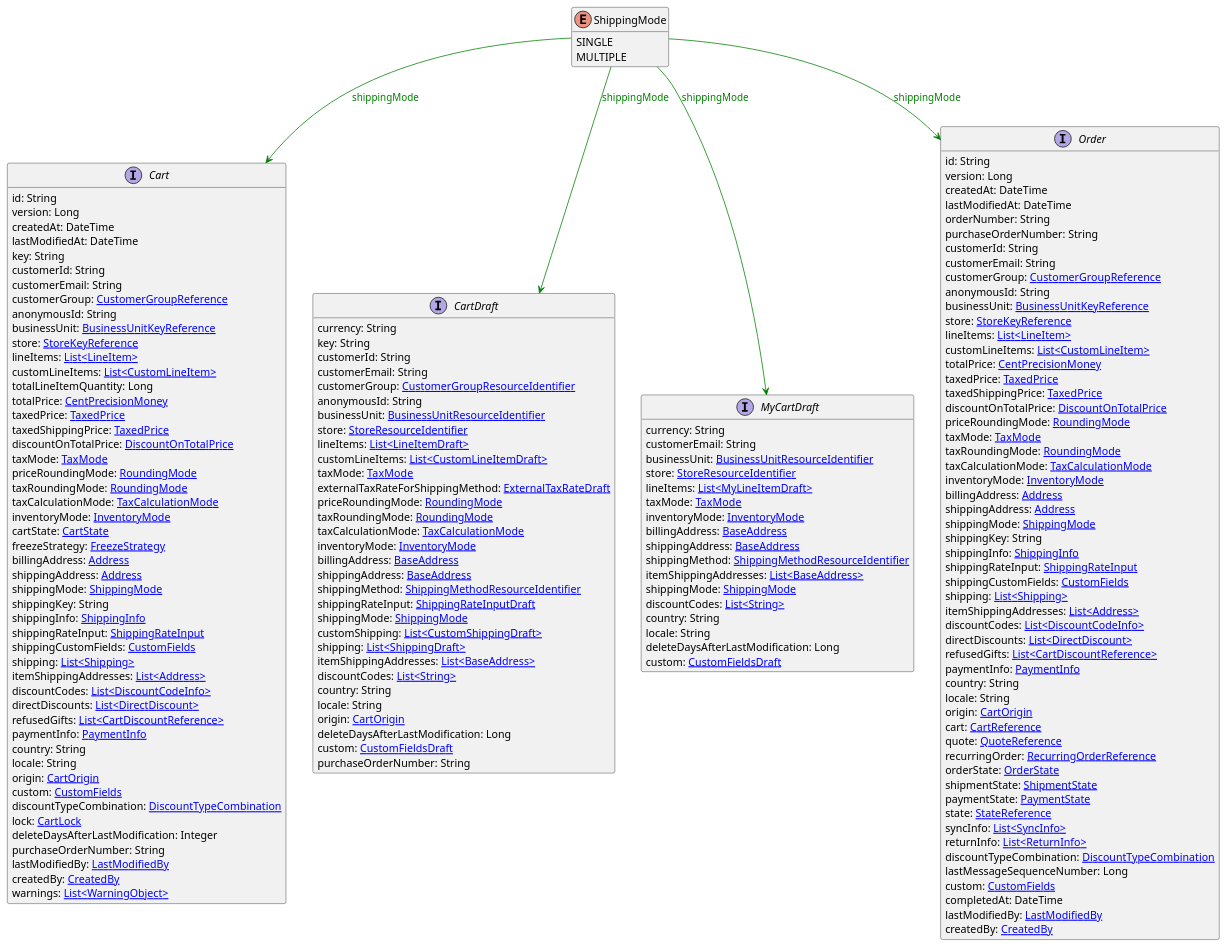
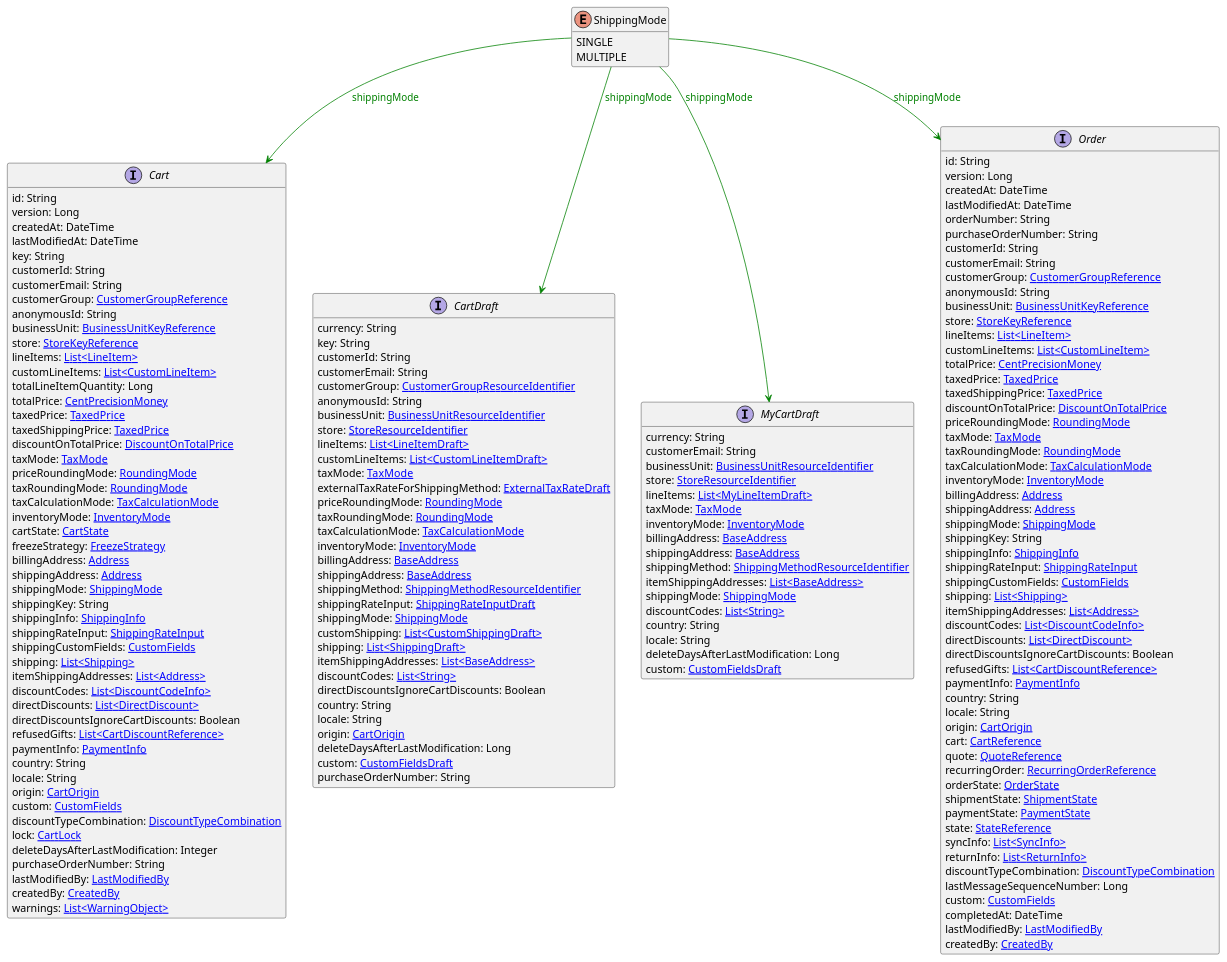
The diagram in uml/api/ShippingMode.puml (commercetools/commercetools-api-reference), drawn with PlantUML before and after one commit. The commit also changed 237 other files, not shown here.

```diff
--- a/uml/api/ShippingMode.puml
+++ b/uml/api/ShippingMode.puml
@@ -1,171 +1,174 @@
 @startuml
 
 hide methods
 enum ShippingMode {
     SINGLE
     MULTIPLE
 }
 interface Cart [[Cart.svg]]  {
     id: String
     version: Long
     createdAt: DateTime
     lastModifiedAt: DateTime
     key: String
     customerId: String
     customerEmail: String
     customerGroup: [[CustomerGroupReference.svg CustomerGroupReference]]
     anonymousId: String
     businessUnit: [[BusinessUnitKeyReference.svg BusinessUnitKeyReference]]
     store: [[StoreKeyReference.svg StoreKeyReference]]
     lineItems: [[LineItem.svg List<LineItem>]]
     customLineItems: [[CustomLineItem.svg List<CustomLineItem>]]
     totalLineItemQuantity: Long
     totalPrice: [[CentPrecisionMoney.svg CentPrecisionMoney]]
     taxedPrice: [[TaxedPrice.svg TaxedPrice]]
     taxedShippingPrice: [[TaxedPrice.svg TaxedPrice]]
     discountOnTotalPrice: [[DiscountOnTotalPrice.svg DiscountOnTotalPrice]]
     taxMode: [[TaxMode.svg TaxMode]]
     priceRoundingMode: [[RoundingMode.svg RoundingMode]]
     taxRoundingMode: [[RoundingMode.svg RoundingMode]]
     taxCalculationMode: [[TaxCalculationMode.svg TaxCalculationMode]]
     inventoryMode: [[InventoryMode.svg InventoryMode]]
     cartState: [[CartState.svg CartState]]
     freezeStrategy: [[FreezeStrategy.svg FreezeStrategy]]
     billingAddress: [[Address.svg Address]]
     shippingAddress: [[Address.svg Address]]
     shippingMode: [[ShippingMode.svg ShippingMode]]
     shippingKey: String
     shippingInfo: [[ShippingInfo.svg ShippingInfo]]
     shippingRateInput: [[ShippingRateInput.svg ShippingRateInput]]
     shippingCustomFields: [[CustomFields.svg CustomFields]]
     shipping: [[Shipping.svg List<Shipping>]]
     itemShippingAddresses: [[Address.svg List<Address>]]
     discountCodes: [[DiscountCodeInfo.svg List<DiscountCodeInfo>]]
     directDiscounts: [[DirectDiscount.svg List<DirectDiscount>]]
+    directDiscountsIgnoreCartDiscounts: Boolean
     refusedGifts: [[CartDiscountReference.svg List<CartDiscountReference>]]
     paymentInfo: [[PaymentInfo.svg PaymentInfo]]
     country: String
     locale: String
     origin: [[CartOrigin.svg CartOrigin]]
     custom: [[CustomFields.svg CustomFields]]
     discountTypeCombination: [[DiscountTypeCombination.svg DiscountTypeCombination]]
     lock: [[CartLock.svg CartLock]]
     deleteDaysAfterLastModification: Integer
     purchaseOrderNumber: String
     lastModifiedBy: [[LastModifiedBy.svg LastModifiedBy]]
     createdBy: [[CreatedBy.svg CreatedBy]]
     warnings: [[WarningObject.svg List<WarningObject>]]
 }
 interface CartDraft [[CartDraft.svg]]  {
     currency: String
     key: String
     customerId: String
     customerEmail: String
     customerGroup: [[CustomerGroupResourceIdentifier.svg CustomerGroupResourceIdentifier]]
     anonymousId: String
     businessUnit: [[BusinessUnitResourceIdentifier.svg BusinessUnitResourceIdentifier]]
     store: [[StoreResourceIdentifier.svg StoreResourceIdentifier]]
     lineItems: [[LineItemDraft.svg List<LineItemDraft>]]
     customLineItems: [[CustomLineItemDraft.svg List<CustomLineItemDraft>]]
     taxMode: [[TaxMode.svg TaxMode]]
     externalTaxRateForShippingMethod: [[ExternalTaxRateDraft.svg ExternalTaxRateDraft]]
     priceRoundingMode: [[RoundingMode.svg RoundingMode]]
     taxRoundingMode: [[RoundingMode.svg RoundingMode]]
     taxCalculationMode: [[TaxCalculationMode.svg TaxCalculationMode]]
     inventoryMode: [[InventoryMode.svg InventoryMode]]
     billingAddress: [[BaseAddress.svg BaseAddress]]
     shippingAddress: [[BaseAddress.svg BaseAddress]]
     shippingMethod: [[ShippingMethodResourceIdentifier.svg ShippingMethodResourceIdentifier]]
     shippingRateInput: [[ShippingRateInputDraft.svg ShippingRateInputDraft]]
     shippingMode: [[ShippingMode.svg ShippingMode]]
     customShipping: [[CustomShippingDraft.svg List<CustomShippingDraft>]]
     shipping: [[ShippingDraft.svg List<ShippingDraft>]]
     itemShippingAddresses: [[BaseAddress.svg List<BaseAddress>]]
     discountCodes: [[String.svg List<String>]]
+    directDiscountsIgnoreCartDiscounts: Boolean
     country: String
     locale: String
     origin: [[CartOrigin.svg CartOrigin]]
     deleteDaysAfterLastModification: Long
     custom: [[CustomFieldsDraft.svg CustomFieldsDraft]]
     purchaseOrderNumber: String
 }
 interface MyCartDraft [[MyCartDraft.svg]]  {
     currency: String
     customerEmail: String
     businessUnit: [[BusinessUnitResourceIdentifier.svg BusinessUnitResourceIdentifier]]
     store: [[StoreResourceIdentifier.svg StoreResourceIdentifier]]
     lineItems: [[MyLineItemDraft.svg List<MyLineItemDraft>]]
     taxMode: [[TaxMode.svg TaxMode]]
     inventoryMode: [[InventoryMode.svg InventoryMode]]
     billingAddress: [[BaseAddress.svg BaseAddress]]
     shippingAddress: [[BaseAddress.svg BaseAddress]]
     shippingMethod: [[ShippingMethodResourceIdentifier.svg ShippingMethodResourceIdentifier]]
     itemShippingAddresses: [[BaseAddress.svg List<BaseAddress>]]
     shippingMode: [[ShippingMode.svg ShippingMode]]
     discountCodes: [[String.svg List<String>]]
     country: String
     locale: String
     deleteDaysAfterLastModification: Long
     custom: [[CustomFieldsDraft.svg CustomFieldsDraft]]
 }
 interface Order [[Order.svg]]  {
     id: String
     version: Long
     createdAt: DateTime
     lastModifiedAt: DateTime
     orderNumber: String
     purchaseOrderNumber: String
     customerId: String
     customerEmail: String
     customerGroup: [[CustomerGroupReference.svg CustomerGroupReference]]
     anonymousId: String
     businessUnit: [[BusinessUnitKeyReference.svg BusinessUnitKeyReference]]
     store: [[StoreKeyReference.svg StoreKeyReference]]
     lineItems: [[LineItem.svg List<LineItem>]]
     customLineItems: [[CustomLineItem.svg List<CustomLineItem>]]
     totalPrice: [[CentPrecisionMoney.svg CentPrecisionMoney]]
     taxedPrice: [[TaxedPrice.svg TaxedPrice]]
     taxedShippingPrice: [[TaxedPrice.svg TaxedPrice]]
     discountOnTotalPrice: [[DiscountOnTotalPrice.svg DiscountOnTotalPrice]]
     priceRoundingMode: [[RoundingMode.svg RoundingMode]]
     taxMode: [[TaxMode.svg TaxMode]]
     taxRoundingMode: [[RoundingMode.svg RoundingMode]]
     taxCalculationMode: [[TaxCalculationMode.svg TaxCalculationMode]]
     inventoryMode: [[InventoryMode.svg InventoryMode]]
     billingAddress: [[Address.svg Address]]
     shippingAddress: [[Address.svg Address]]
     shippingMode: [[ShippingMode.svg ShippingMode]]
     shippingKey: String
     shippingInfo: [[ShippingInfo.svg ShippingInfo]]
     shippingRateInput: [[ShippingRateInput.svg ShippingRateInput]]
     shippingCustomFields: [[CustomFields.svg CustomFields]]
     shipping: [[Shipping.svg List<Shipping>]]
     itemShippingAddresses: [[Address.svg List<Address>]]
     discountCodes: [[DiscountCodeInfo.svg List<DiscountCodeInfo>]]
     directDiscounts: [[DirectDiscount.svg List<DirectDiscount>]]
+    directDiscountsIgnoreCartDiscounts: Boolean
     refusedGifts: [[CartDiscountReference.svg List<CartDiscountReference>]]
     paymentInfo: [[PaymentInfo.svg PaymentInfo]]
     country: String
     locale: String
     origin: [[CartOrigin.svg CartOrigin]]
     cart: [[CartReference.svg CartReference]]
     quote: [[QuoteReference.svg QuoteReference]]
     recurringOrder: [[RecurringOrderReference.svg RecurringOrderReference]]
     orderState: [[OrderState.svg OrderState]]
     shipmentState: [[ShipmentState.svg ShipmentState]]
     paymentState: [[PaymentState.svg PaymentState]]
     state: [[StateReference.svg StateReference]]
     syncInfo: [[SyncInfo.svg List<SyncInfo>]]
     returnInfo: [[ReturnInfo.svg List<ReturnInfo>]]
     discountTypeCombination: [[DiscountTypeCombination.svg DiscountTypeCombination]]
     lastMessageSequenceNumber: Long
     custom: [[CustomFields.svg CustomFields]]
     completedAt: DateTime
     lastModifiedBy: [[LastModifiedBy.svg LastModifiedBy]]
     createdBy: [[CreatedBy.svg CreatedBy]]
 }
 ShippingMode --> Cart #green;text:green : "shippingMode"
 ShippingMode --> CartDraft #green;text:green : "shippingMode"
 ShippingMode --> MyCartDraft #green;text:green : "shippingMode"
 ShippingMode --> Order #green;text:green : "shippingMode"
 @enduml
```
